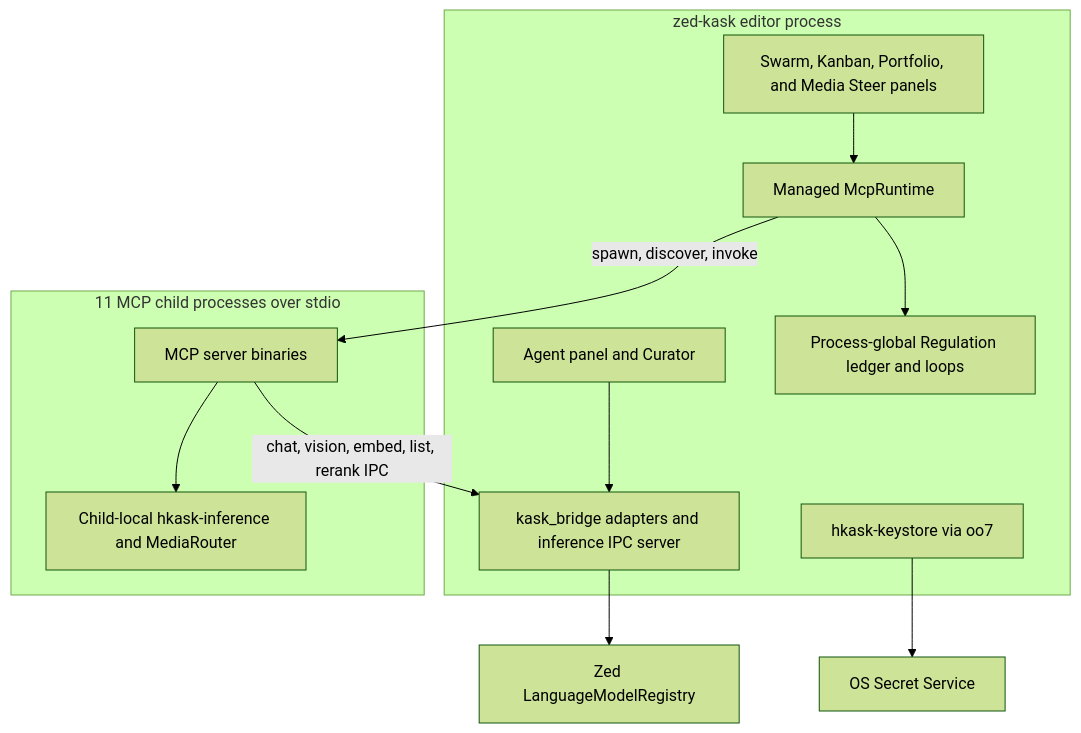
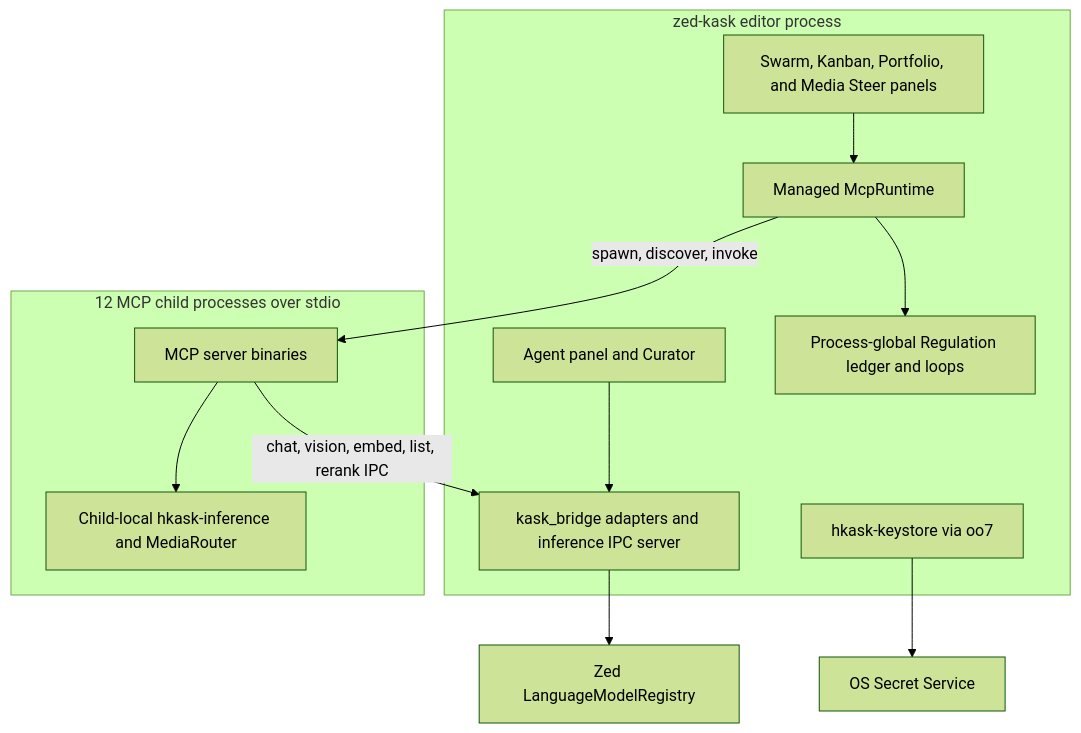
One commit to mdz-axo/zed-kask changed the diagram in kask/docs/architecture/core/MDS.md. Above: the diagram before and after it, drawn with Mermaid (forest theme). The commit also changed other lines of this file and 4 other files, not shown here.

````diff
--- a/kask/docs/architecture/core/MDS.md
+++ b/kask/docs/architecture/core/MDS.md
@@ -504,26 +504,26 @@
 ```mermaid
 graph TD
     subgraph EDITOR["zed-kask editor process"]
         AGENT[Agent panel and Curator]
         STEER[Swarm, Kanban, Portfolio, and Media Steer panels]
         BRIDGE[kask_bridge adapters and inference IPC server]
         RUNTIME[Managed McpRuntime]
         REG[Process-global Regulation ledger and loops]
         KEYSTORE[hkask-keystore via oo7]
     end
-    subgraph CHILDREN["11 MCP child processes over stdio"]
+    subgraph CHILDREN["12 MCP child processes over stdio"]
         MCP[MCP server binaries]
         LOCALINF[Child-local hkask-inference and MediaRouter]
     end
     HOSTLM[Zed LanguageModelRegistry]
     SECRET[OS Secret Service]
 
     AGENT --> BRIDGE
     STEER --> RUNTIME
     RUNTIME -->|spawn, discover, invoke| MCP
     RUNTIME --> REG
     MCP -->|chat, vision, embed, list, rerank IPC| BRIDGE
     MCP --> LOCALINF
     BRIDGE --> HOSTLM
     KEYSTORE --> SECRET
 ```
````
